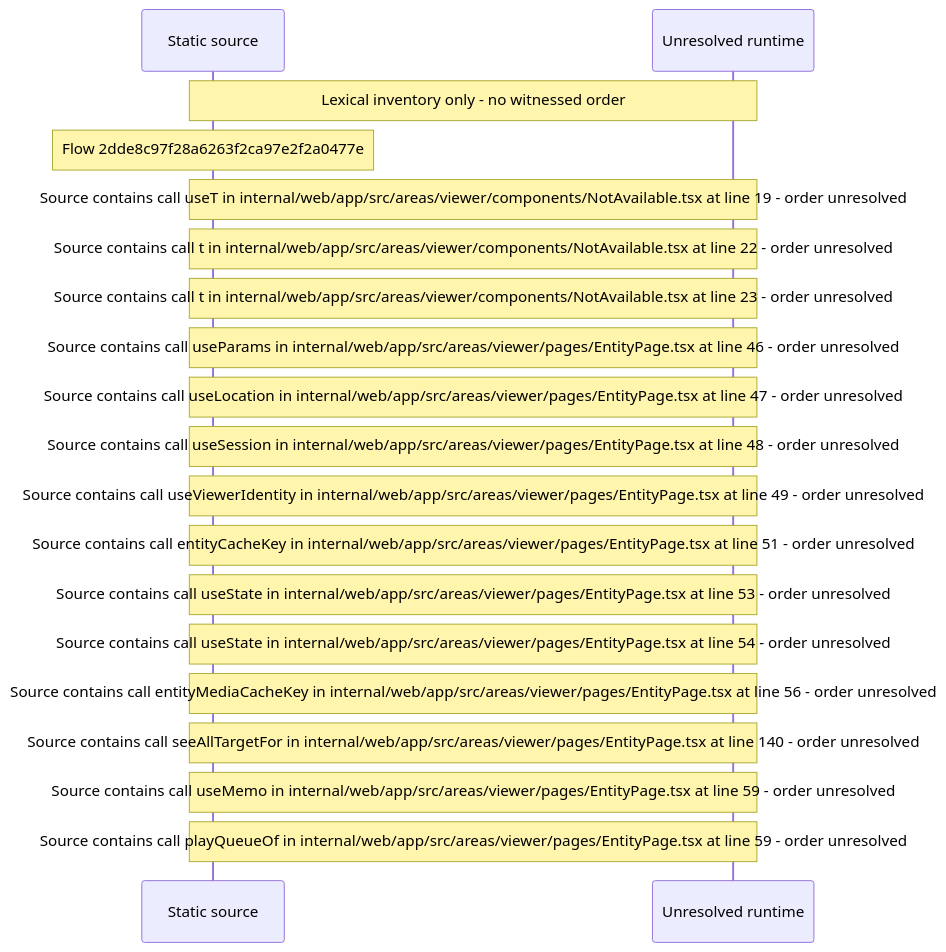
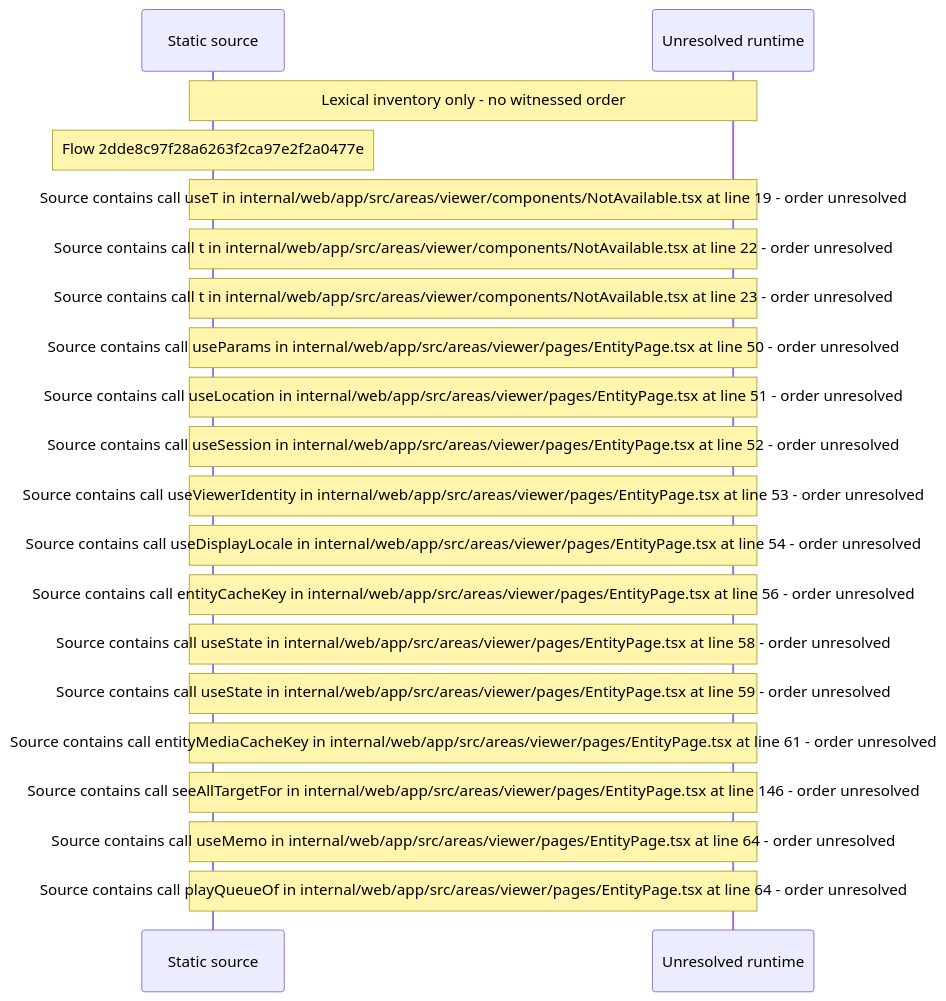
One commit to beamfall/core changed the diagram in docs/web/flows/generated/2dde8c97f28a6263f2ca97e2f2a0477e/flow-diagram.md. Above: the diagram before and after it, drawn with Mermaid. The commit also changed other lines of this file and 715 other files, not shown here.

First line of the commit message:
Regenerate the web flow record on main after CORE-1117

````diff
--- a/docs/web/flows/generated/2dde8c97f28a6263f2ca97e2f2a0477e/flow-diagram.md
+++ b/docs/web/flows/generated/2dde8c97f28a6263f2ca97e2f2a0477e/flow-diagram.md
@@ -10,21 +10,22 @@
 ```mermaid
 sequenceDiagram
     participant S as Static source
     participant U as Unresolved runtime
     Note over S,U: Lexical inventory only - no witnessed order
     Note over S: Flow 2dde8c97f28a6263f2ca97e2f2a0477e
     Note over S,U: Source contains call useT in internal/web/app/src/areas/viewer/components/NotAvailable.tsx at line 19 - order unresolved
     Note over S,U: Source contains call t in internal/web/app/src/areas/viewer/components/NotAvailable.tsx at line 22 - order unresolved
     Note over S,U: Source contains call t in internal/web/app/src/areas/viewer/components/NotAvailable.tsx at line 23 - order unresolved
-    Note over S,U: Source contains call useParams in internal/web/app/src/areas/viewer/pages/EntityPage.tsx at line 46 - order unresolved
-    Note over S,U: Source contains call useLocation in internal/web/app/src/areas/viewer/pages/EntityPage.tsx at line 47 - order unresolved
-    Note over S,U: Source contains call useSession in internal/web/app/src/areas/viewer/pages/EntityPage.tsx at line 48 - order unresolved
-    Note over S,U: Source contains call useViewerIdentity in internal/web/app/src/areas/viewer/pages/EntityPage.tsx at line 49 - order unresolved
-    Note over S,U: Source contains call entityCacheKey in internal/web/app/src/areas/viewer/pages/EntityPage.tsx at line 51 - order unresolved
-    Note over S,U: Source contains call useState in internal/web/app/src/areas/viewer/pages/EntityPage.tsx at line 53 - order unresolved
-    Note over S,U: Source contains call useState in internal/web/app/src/areas/viewer/pages/EntityPage.tsx at line 54 - order unresolved
-    Note over S,U: Source contains call entityMediaCacheKey in internal/web/app/src/areas/viewer/pages/EntityPage.tsx at line 56 - order unresolved
-    Note over S,U: Source contains call seeAllTargetFor in internal/web/app/src/areas/viewer/pages/EntityPage.tsx at line 140 - order unresolved
-    Note over S,U: Source contains call useMemo in internal/web/app/src/areas/viewer/pages/EntityPage.tsx at line 59 - order unresolved
-    Note over S,U: Source contains call playQueueOf in internal/web/app/src/areas/viewer/pages/EntityPage.tsx at line 59 - order unresolved
+    Note over S,U: Source contains call useParams in internal/web/app/src/areas/viewer/pages/EntityPage.tsx at line 50 - order unresolved
+    Note over S,U: Source contains call useLocation in internal/web/app/src/areas/viewer/pages/EntityPage.tsx at line 51 - order unresolved
+    Note over S,U: Source contains call useSession in internal/web/app/src/areas/viewer/pages/EntityPage.tsx at line 52 - order unresolved
+    Note over S,U: Source contains call useViewerIdentity in internal/web/app/src/areas/viewer/pages/EntityPage.tsx at line 53 - order unresolved
+    Note over S,U: Source contains call useDisplayLocale in internal/web/app/src/areas/viewer/pages/EntityPage.tsx at line 54 - order unresolved
+    Note over S,U: Source contains call entityCacheKey in internal/web/app/src/areas/viewer/pages/EntityPage.tsx at line 56 - order unresolved
+    Note over S,U: Source contains call useState in internal/web/app/src/areas/viewer/pages/EntityPage.tsx at line 58 - order unresolved
+    Note over S,U: Source contains call useState in internal/web/app/src/areas/viewer/pages/EntityPage.tsx at line 59 - order unresolved
+    Note over S,U: Source contains call entityMediaCacheKey in internal/web/app/src/areas/viewer/pages/EntityPage.tsx at line 61 - order unresolved
+    Note over S,U: Source contains call seeAllTargetFor in internal/web/app/src/areas/viewer/pages/EntityPage.tsx at line 146 - order unresolved
+    Note over S,U: Source contains call useMemo in internal/web/app/src/areas/viewer/pages/EntityPage.tsx at line 64 - order unresolved
+    Note over S,U: Source contains call playQueueOf in internal/web/app/src/areas/viewer/pages/EntityPage.tsx at line 64 - order unresolved
 ```
````
